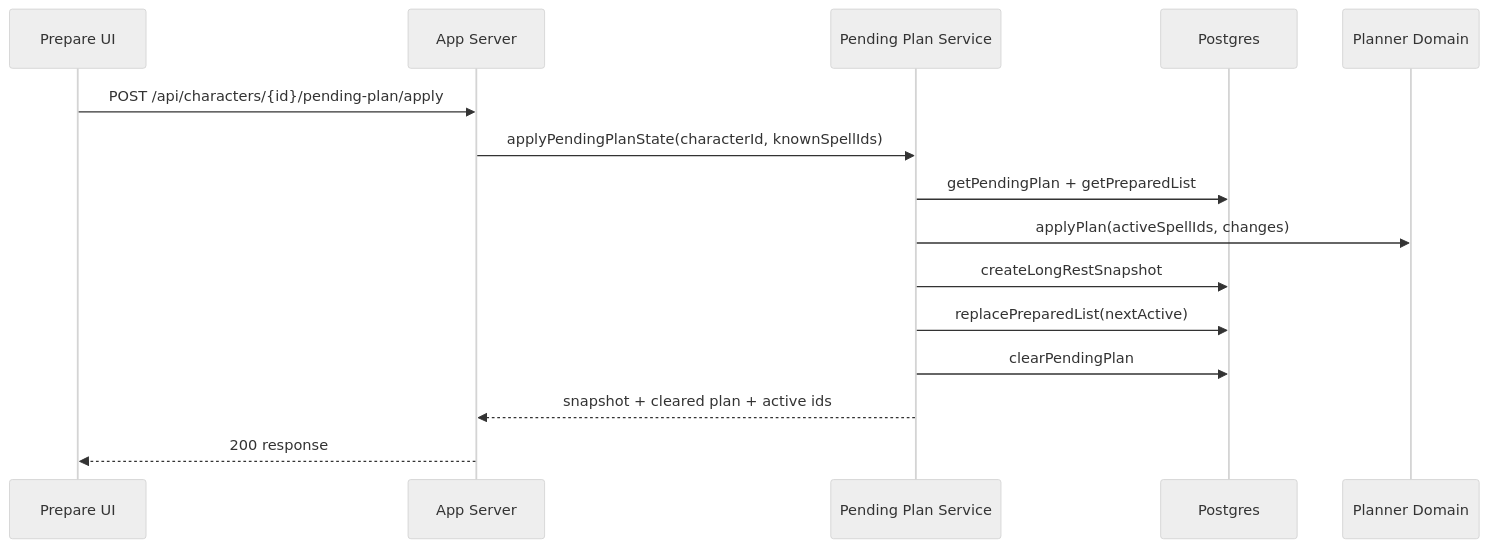
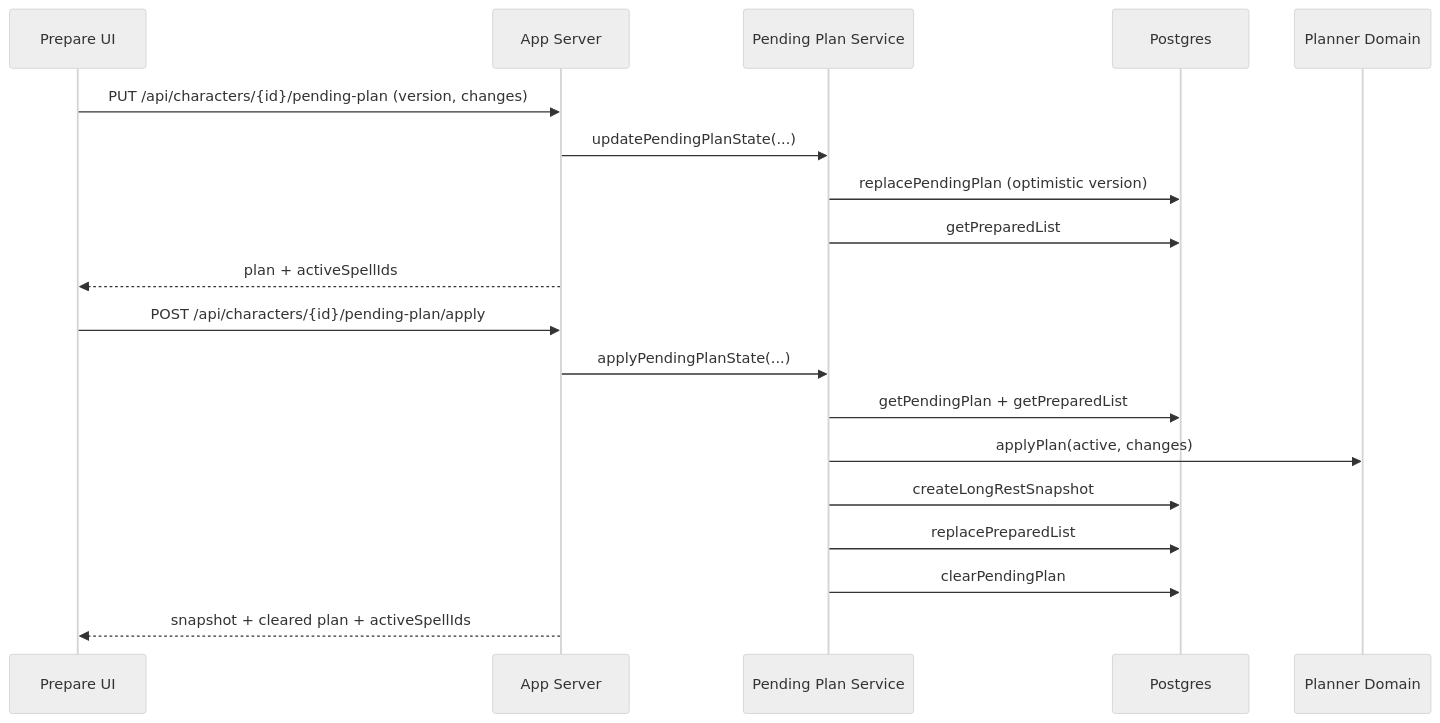
One commit to ABZerra/Spellbook changed the third of 4 diagrams in docs/engineering/DIAGRAMS.md. Above: the diagram before and after it, drawn with Mermaid (neutral theme). The commit also changed other lines of this file and 11 other files, not shown here.

````diff
--- a/docs/engineering/DIAGRAMS.md
+++ b/docs/engineering/DIAGRAMS.md
@@ -30,18 +31,23 @@
 ```mermaid
 sequenceDiagram
   participant UI as Prepare UI
   participant API as App Server
-  participant SRV as Pending Plan Service
+  participant SVC as Pending Plan Service
   participant DB as Postgres
   participant DOM as Planner Domain
 
+  UI->>API: PUT /api/characters/{id}/pending-plan (version, changes)
+  API->>SVC: updatePendingPlanState(...)
+  SVC->>DB: replacePendingPlan (optimistic version)
+  SVC->>DB: getPreparedList
+  API-->>UI: plan + activeSpellIds
+
   UI->>API: POST /api/characters/{id}/pending-plan/apply
-  API->>SRV: applyPendingPlanState(characterId, knownSpellIds)
-  SRV->>DB: getPendingPlan + getPreparedList
-  SRV->>DOM: applyPlan(activeSpellIds, changes)
-  SRV->>DB: createLongRestSnapshot
-  SRV->>DB: replacePreparedList(nextActive)
-  SRV->>DB: clearPendingPlan
-  SRV-->>API: snapshot + cleared plan + active ids
-  API-->>UI: 200 response
+  API->>SVC: applyPendingPlanState(...)
+  SVC->>DB: getPendingPlan + getPreparedList
+  SVC->>DOM: applyPlan(active, changes)
+  SVC->>DB: createLongRestSnapshot
+  SVC->>DB: replacePreparedList
+  SVC->>DB: clearPendingPlan
+  API-->>UI: snapshot + cleared plan + activeSpellIds
 ```
````
